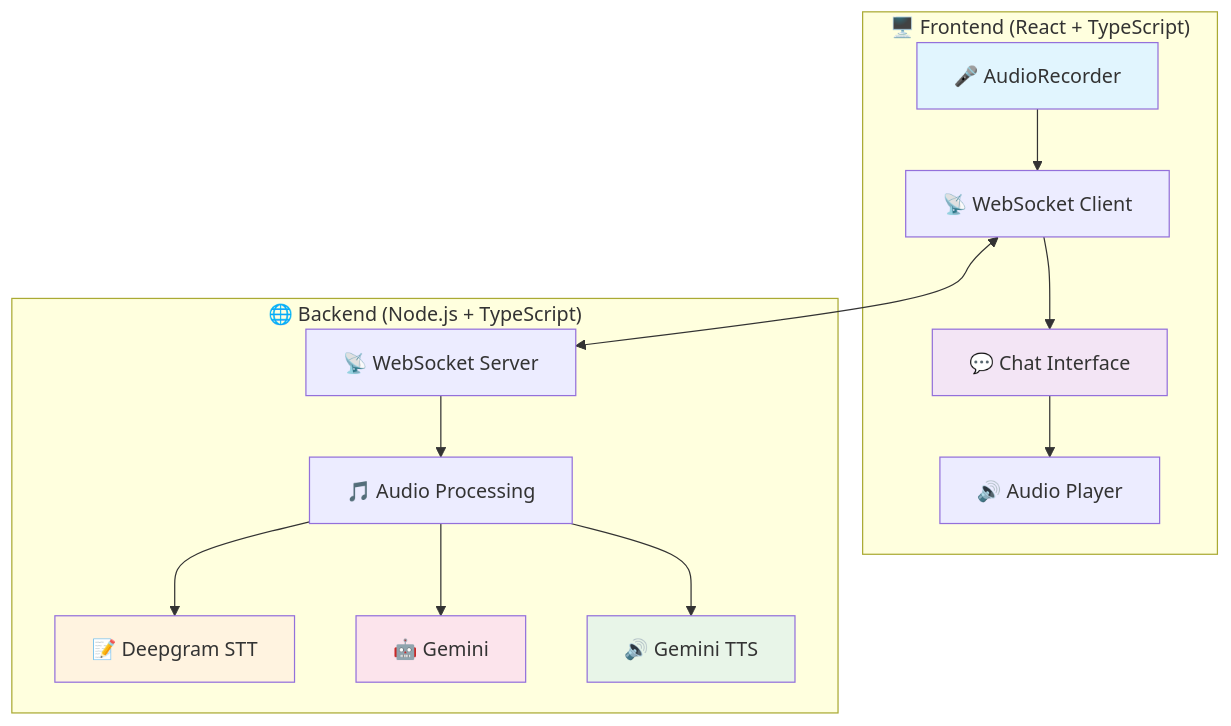
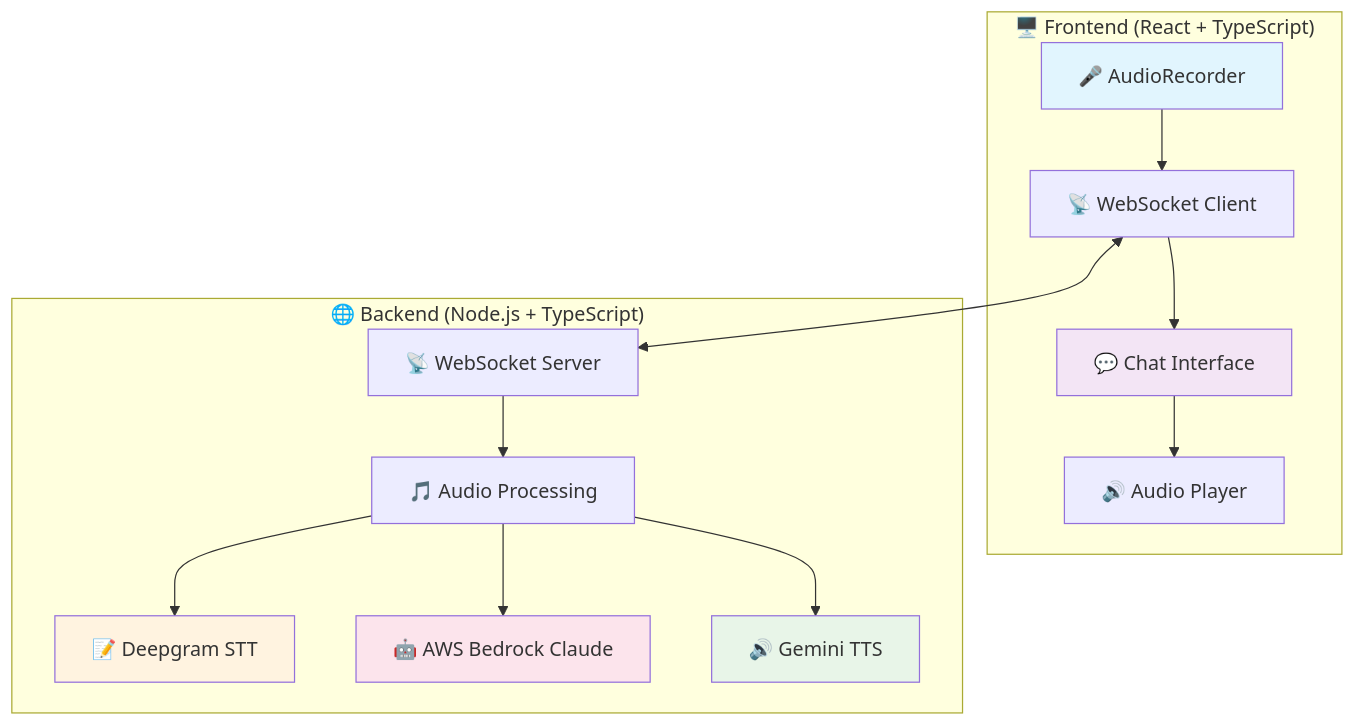
The third of 3 diagrams in docs/introduction/index.md (NirtonAfonso/workshop-agente-conversacional), drawn with Mermaid before and after one commit. The commit also changed other lines of this file and 45 other files, not shown here.

Commit message:
Add AWS Bedrock branch with Gemini TTS

````diff
--- a/docs/introduction/index.md
+++ b/docs/introduction/index.md
@@ -122,23 +122,23 @@
 ```{mermaid}
 graph TB
     subgraph "🖥️ Frontend (React + TypeScript)"
         A[🎤 AudioRecorder] --> B[📡 WebSocket Client]
         B --> C[💬 Chat Interface]
         C --> D[🔊 Audio Player]
     end
 
     subgraph "🌐 Backend (Node.js + TypeScript)"
         E[📡 WebSocket Server] --> F[🎵 Audio Processing]
         F --> G[📝 Deepgram STT]
-        F --> H[🤖 Gemini]
+        F --> H[🤖 AWS Bedrock Claude]
         F --> I[🔊 Gemini TTS]
     end
 
     B <--> E
 
     style A fill:#e1f5fe
     style C fill:#f3e5f5
     style G fill:#fff3e0
     style H fill:#fce4ec
     style I fill:#e8f5e8
 ```
````
